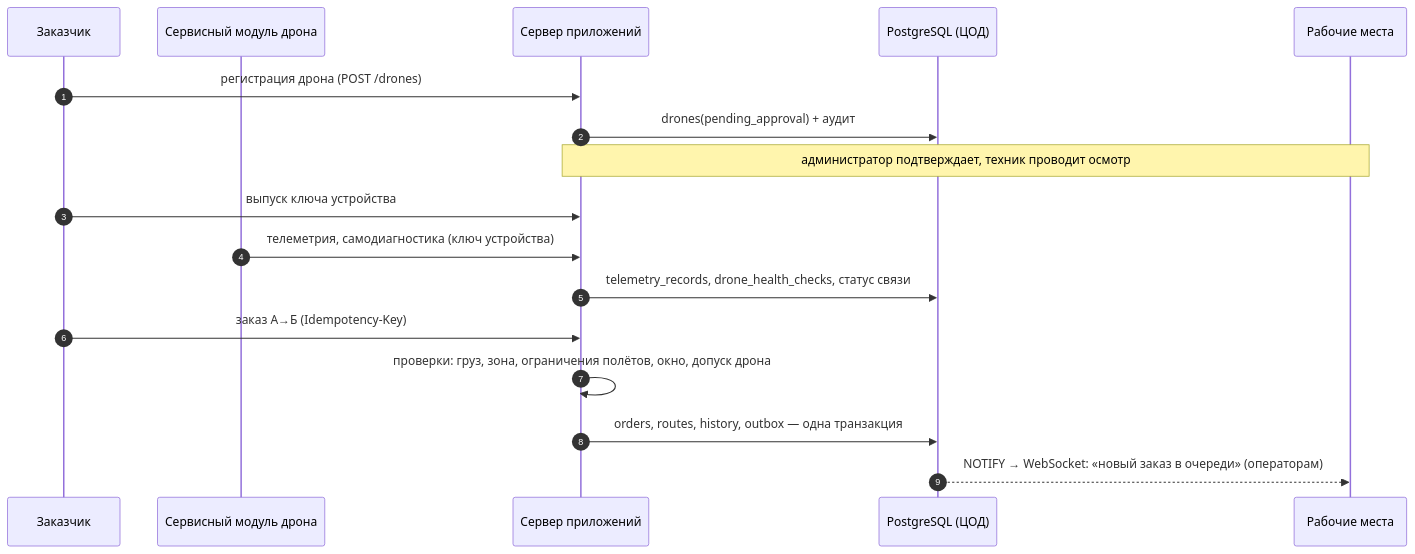
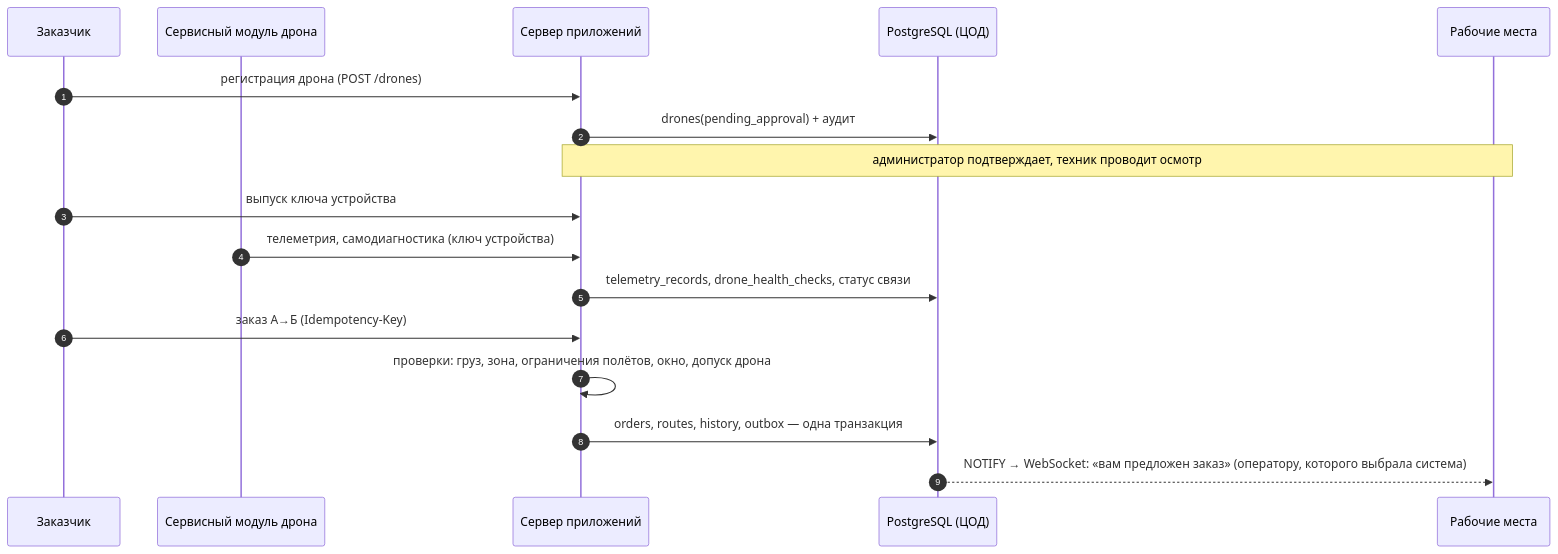
The second of 3 diagrams in docs/architecture.md (vaceslavnenadov-byte/fpv-delivery-platform), drawn with Mermaid before and after one commit. The commit also changed 26 other files, not shown here.

````diff
--- a/docs/architecture.md
+++ b/docs/architecture.md
@@ -76,19 +76,19 @@
 ```mermaid
 sequenceDiagram
   autonumber
   participant C as Заказчик
   participant D as Сервисный модуль дрона
   participant S as Сервер приложений
   participant DB as PostgreSQL (ЦОД)
   participant W as Рабочие места
   C->>S: регистрация дрона (POST /drones)
   S->>DB: drones(pending_approval) + аудит
   Note over S,W: администратор подтверждает, техник проводит осмотр
   C->>S: выпуск ключа устройства
   D->>S: телеметрия, самодиагностика (ключ устройства)
   S->>DB: telemetry_records, drone_health_checks, статус связи
   C->>S: заказ А→Б (Idempotency-Key)
   S->>S: проверки: груз, зона, ограничения полётов, окно, допуск дрона
   S->>DB: orders, routes, history, outbox — одна транзакция
-  DB-->>W: NOTIFY → WebSocket: «новый заказ в очереди» (операторам)
+  DB-->>W: NOTIFY → WebSocket: «вам предложен заказ» (оператору, которого выбрала система)
 ```
````
